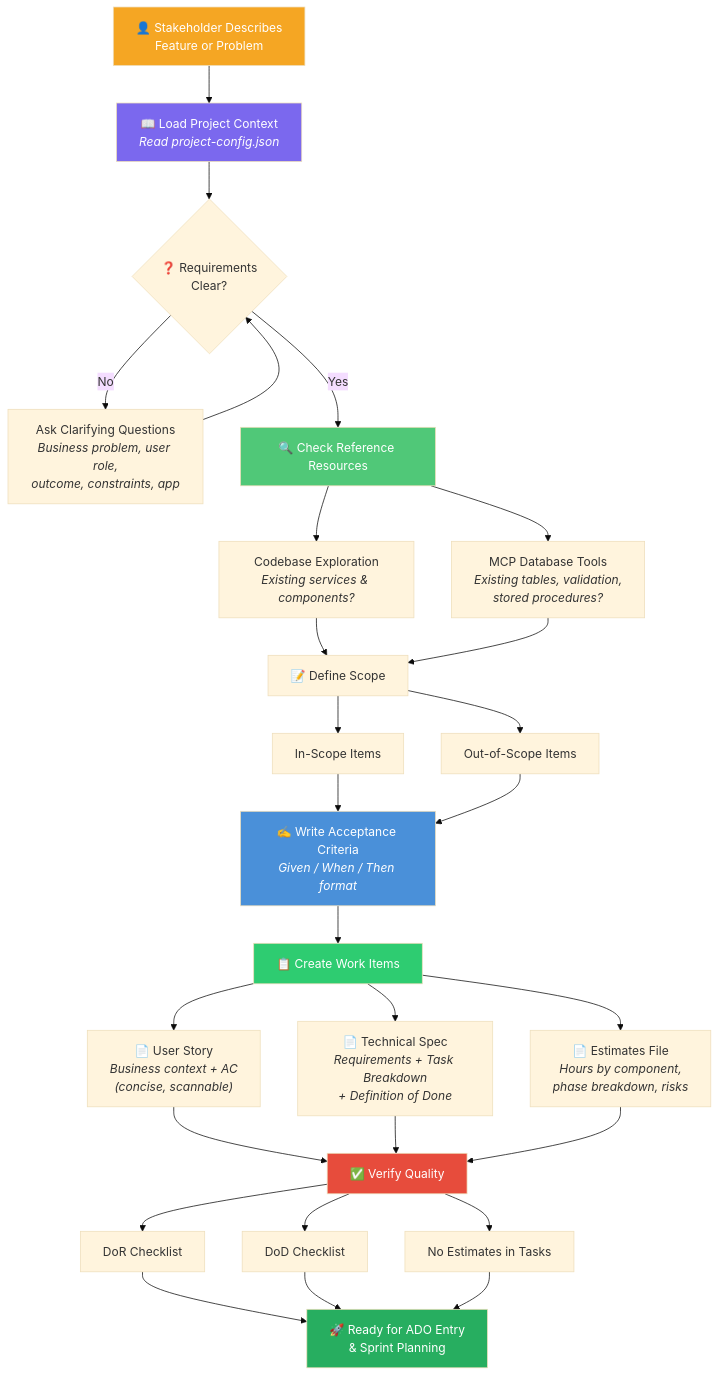
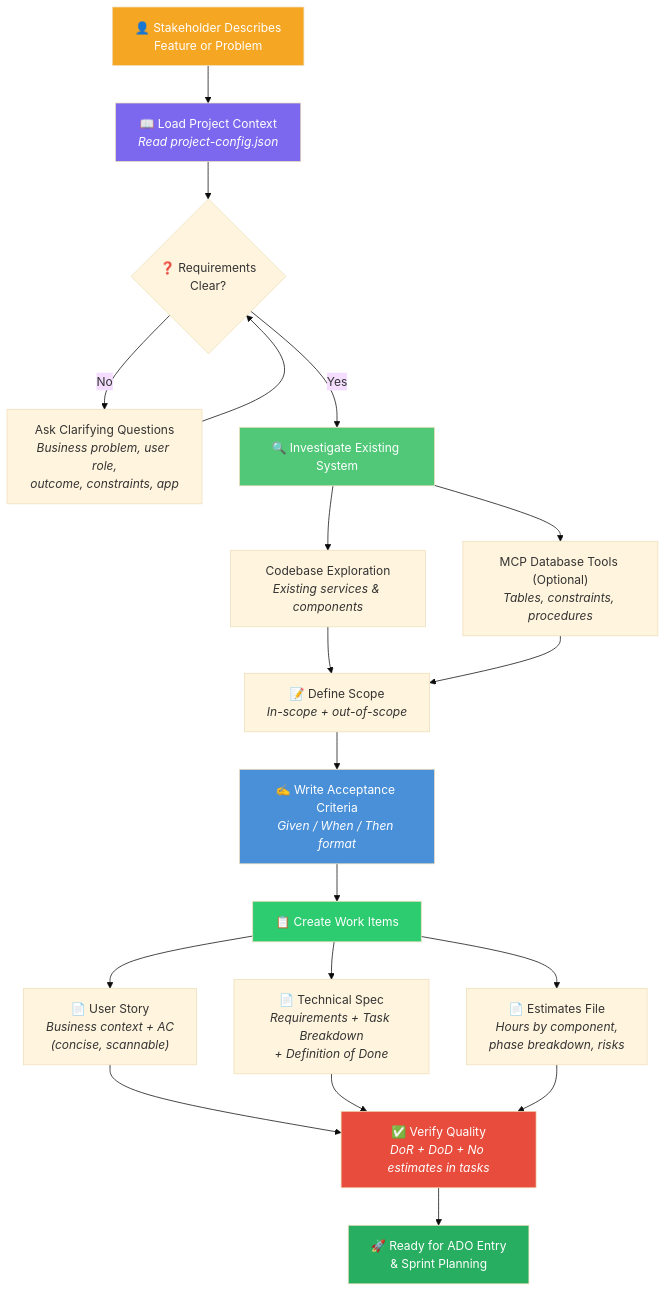
Before and after one commit to dnewton-brocksolutions/copilot-product-analyst: the second of 6 diagrams in documentation/PA-AGENT-DIAGRAMS.md, drawn with Mermaid (base theme). The commit also changed other lines of this file, not shown here.

Commit message:
refactor: update PA agent diagrams and documentation for clarity and consistency

````diff
--- a/documentation/PA-AGENT-DIAGRAMS.md
+++ b/documentation/PA-AGENT-DIAGRAMS.md
@@ -70,46 +71,35 @@
 ```mermaid
 flowchart TD
     A["👤 Stakeholder Describes<br/>Feature or Problem"] --> B["📖 Load Project Context<br/><i>Read project-config.json</i>"]
     B --> C{"❓ Requirements<br/>Clear?"}
     C -->|No| D["Ask Clarifying Questions<br/><i>Business problem, user role,<br/>outcome, constraints, app</i>"]
     D --> C
-    C -->|Yes| E["🔍 Check Reference Resources"]
+    C -->|Yes| E["🔍 Investigate Existing System"]
 
-    E --> E1["Codebase Exploration<br/><i>Existing services & components?</i>"]
-    E --> E2["MCP Database Tools<br/><i>Existing tables, validation,<br/>stored procedures?</i>"]
+    E --> E1["Codebase Exploration<br/><i>Existing services & components</i>"]
+    E --> E2["MCP Database Tools (Optional)<br/><i>Tables, constraints, procedures</i>"]
 
-    E1 --> F["📝 Define Scope"]
+    E1 --> F["📝 Define Scope<br/><i>In-scope + out-of-scope</i>"]
     E2 --> F
 
-    F --> F1["In-Scope Items"]
-    F --> F2["Out-of-Scope Items"]
-
-    F1 --> G["✍️ Write Acceptance Criteria<br/><i>Given / When / Then format</i>"]
-    F2 --> G
-
+    F --> G["✍️ Write Acceptance Criteria<br/><i>Given / When / Then format</i>"]
     G --> H["📋 Create Work Items"]
 
     H --> H1["📄 User Story<br/><i>Business context + AC<br/>(concise, scannable)</i>"]
     H --> H2["📄 Technical Spec<br/><i>Requirements + Task Breakdown<br/>+ Definition of Done</i>"]
     H --> H3["📄 Estimates File<br/><i>Hours by component,<br/>phase breakdown, risks</i>"]
 
-    H1 --> I["✅ Verify Quality"]
+    H1 --> I["✅ Verify Quality<br/><i>DoR + DoD + No estimates in tasks</i>"]
     H2 --> I
     H3 --> I
 
-    I --> I1["DoR Checklist"]
-    I --> I2["DoD Checklist"]
-    I --> I3["No Estimates in Tasks"]
-
-    I1 --> J["🚀 Ready for ADO Entry<br/>& Sprint Planning"]
-    I2 --> J
-    I3 --> J
+    I --> J["🚀 Ready for ADO Entry<br/>& Sprint Planning"]
 
     style A fill:#F5A623,color:#fff
     style B fill:#7B68EE,color:#fff
     style E fill:#50C878,color:#fff
     style G fill:#4A90D9,color:#fff
     style H fill:#2ECC71,color:#fff
     style I fill:#E74C3C,color:#fff
     style J fill:#27AE60,color:#fff
 ```
````
